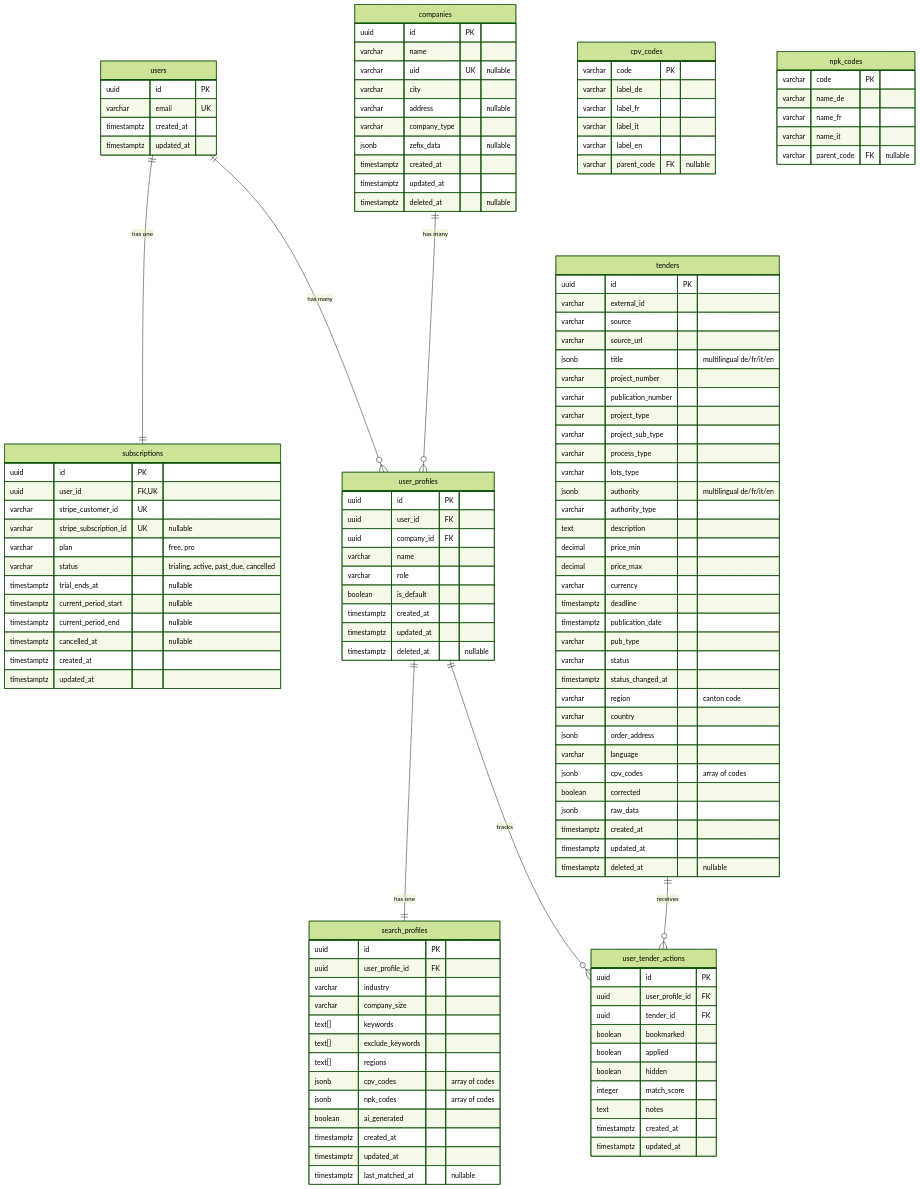
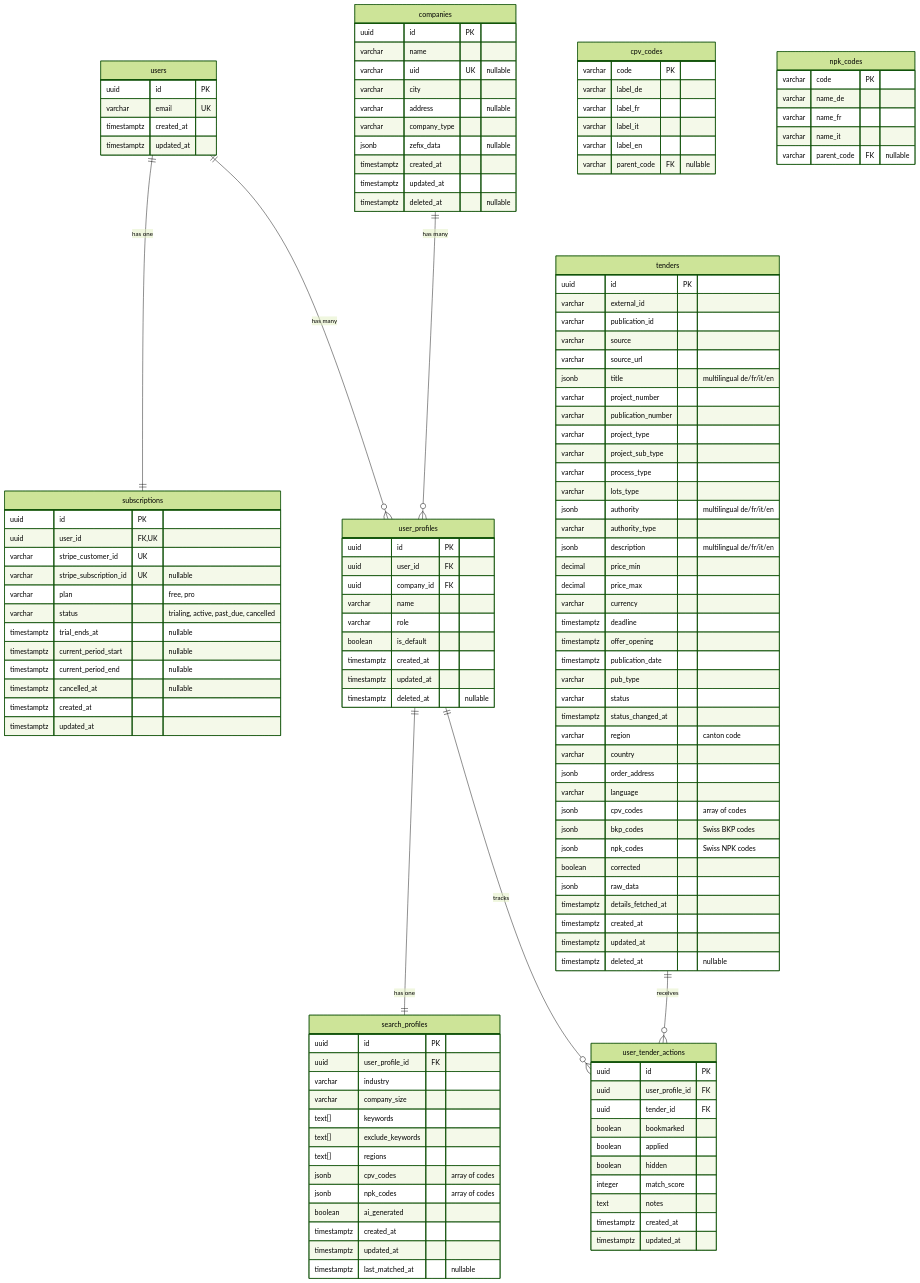
Before and after one commit to davras5/tender-scout: the second of 5 diagrams in documentation/DATABASE.md, drawn with Mermaid (forest theme). The commit also changed other lines of this file and 5 other files, not shown here.

```diff
--- a/documentation/DATABASE.md
+++ b/documentation/DATABASE.md
@@ -144,6 +144,7 @@
     tenders {
         uuid id PK
         varchar external_id
+        varchar publication_id
         varchar source
         varchar source_url
         jsonb title "multilingual de/fr/it/en"
@@ -155,11 +156,12 @@
         varchar lots_type
         jsonb authority "multilingual de/fr/it/en"
         varchar authority_type
-        text description
+        jsonb description "multilingual de/fr/it/en"
         decimal price_min
         decimal price_max
         varchar currency
         timestamptz deadline
+        timestamptz offer_opening
         timestamptz publication_date
         varchar pub_type
         varchar status
@@ -169,8 +171,11 @@
         jsonb order_address
         varchar language
         jsonb cpv_codes "array of codes"
+        jsonb bkp_codes "Swiss BKP codes"
+        jsonb npk_codes "Swiss NPK codes"
         boolean corrected
         jsonb raw_data
+        timestamptz details_fetched_at
         timestamptz created_at
         timestamptz updated_at
         timestamptz deleted_at "nullable"
```
